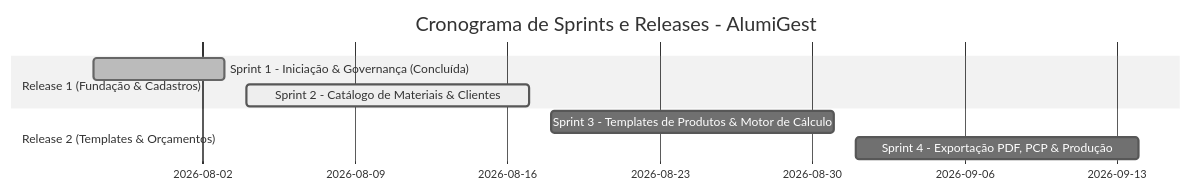
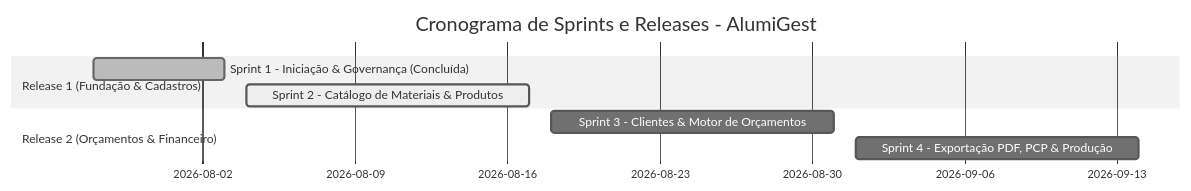
The diagram in docs/sistema/000-requisitos/PBL-Product_Backlog.md (ADS-IFPB-SR/alumigest), drawn with Mermaid (neutral theme) before and after one commit. The commit also changed other lines of this file and 15 other files, not shown here.

````diff
--- a/docs/sistema/000-requisitos/PBL-Product_Backlog.md
+++ b/docs/sistema/000-requisitos/PBL-Product_Backlog.md
@@ -10,11 +10,11 @@
 ```mermaid
 gantt
     title Cronograma de Sprints e Releases - AlumiGest
     dateFormat  YYYY-MM-DD
     section Release 1 (Fundação & Cadastros)
     Sprint 1 - Iniciação & Governança (Concluída) :done, s1, 2026-07-28, 2026-08-03
-    Sprint 2 - Catálogo de Materiais & Clientes   :active, s2, 2026-08-04, 2026-08-17
-    section Release 2 (Templates & Orçamentos)
-    Sprint 3 - Templates de Produtos & Motor de Cálculo :s3, 2026-08-18, 2026-08-31
+    Sprint 2 - Catálogo de Materiais & Produtos   :active, s2, 2026-08-04, 2026-08-17
+    section Release 2 (Orçamentos & Financeiro)
+    Sprint 3 - Clientes & Motor de Orçamentos           :s3, 2026-08-18, 2026-08-31
     Sprint 4 - Exportação PDF, PCP & Produção          :s4, 2026-09-01, 2026-09-14
 ```
````
